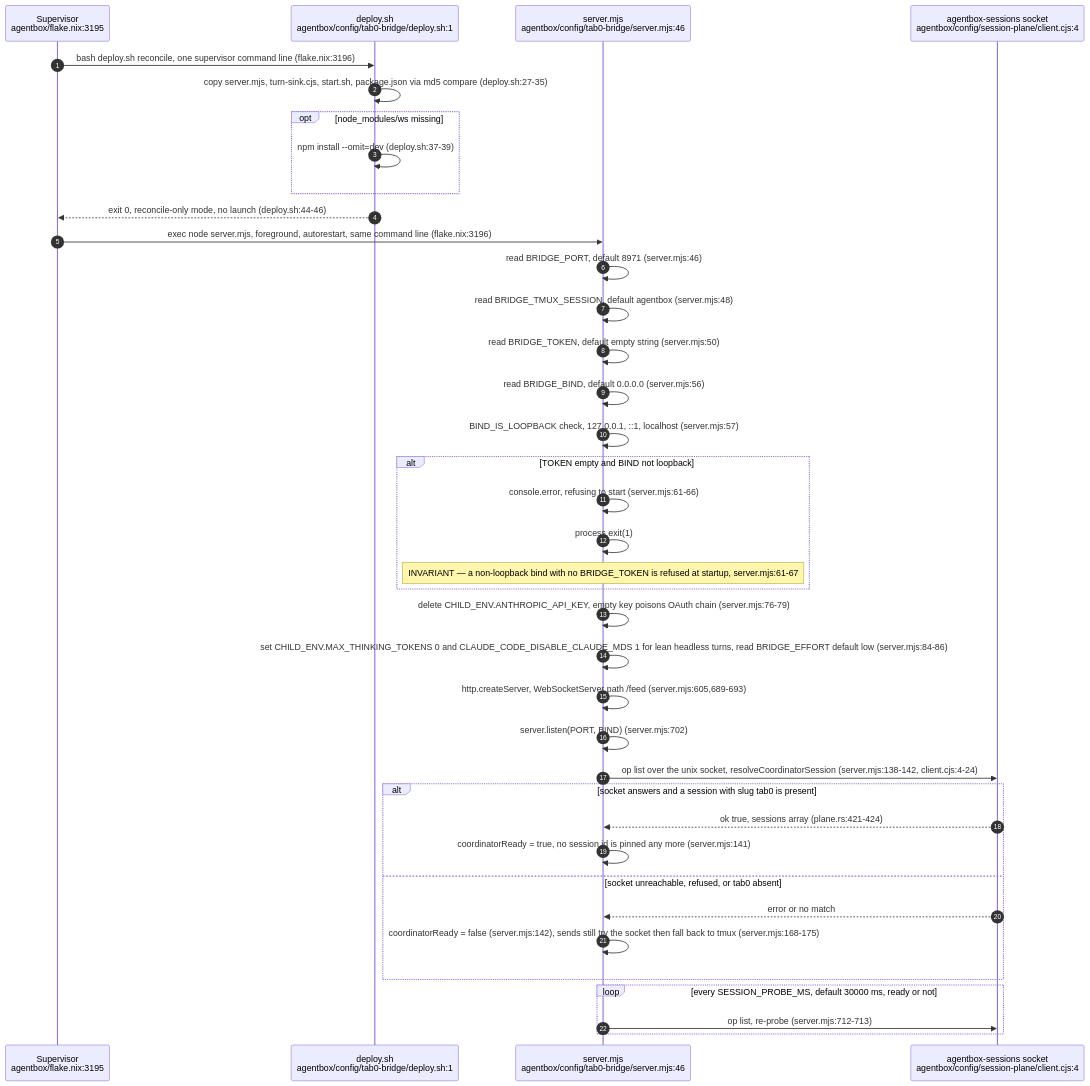
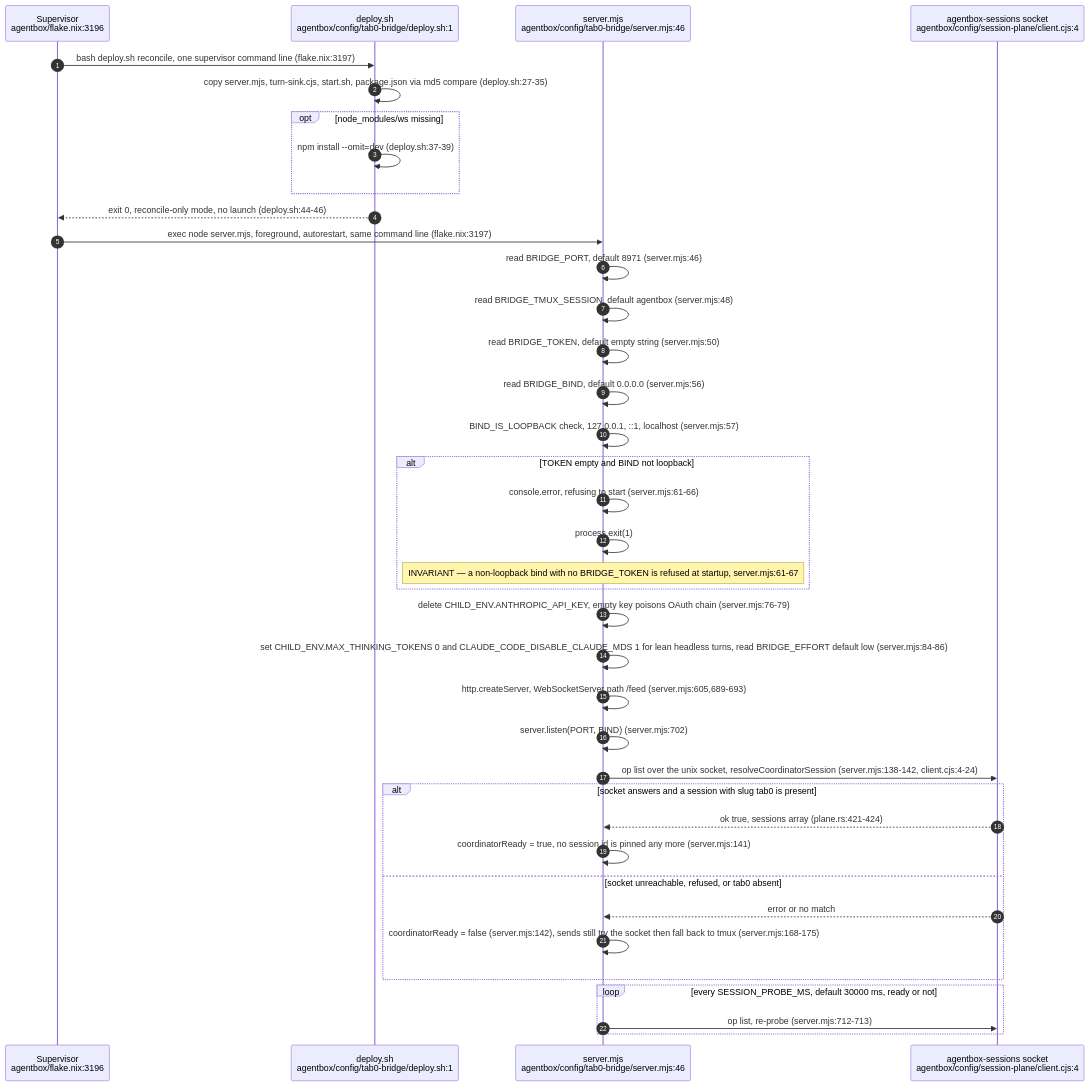
Before and after one commit to DreamLab-AI/VisionFlow: the first of 12 diagrams in docs/diagrams/agentbox/12-tab0-bridge-and-interaction-plane.md, drawn with Mermaid. The commit also changed other lines of this file and 7 other files, not shown here.

First line of the commit message:
diagrams(agentbox): re-verify AB-09..AB-16 at agentbox 59b1aca, re-stamp

````diff
--- a/docs/diagrams/agentbox/12-tab0-bridge-and-interaction-plane.md
+++ b/docs/diagrams/agentbox/12-tab0-bridge-and-interaction-plane.md
@@ -54,41 +54,41 @@
 ```mermaid
 sequenceDiagram
     autonumber
-    participant Sup as Supervisor<br/>agentbox/flake.nix:3195
+    participant Sup as Supervisor<br/>agentbox/flake.nix:3196
     participant Dep as deploy.sh<br/>agentbox/config/tab0-bridge/deploy.sh:1
     participant Node as server.mjs<br/>agentbox/config/tab0-bridge/server.mjs:46
     participant Sock as agentbox-sessions socket<br/>agentbox/config/session-plane/client.cjs:4
 
-    Sup->>Dep: bash deploy.sh reconcile, one supervisor command line (flake.nix:3196)
+    Sup->>Dep: bash deploy.sh reconcile, one supervisor command line (flake.nix:3197)
     Dep->>Dep: copy server.mjs, turn-sink.cjs, start.sh, package.json via md5 compare (deploy.sh:27-35)
     opt node_modules/ws missing
         Dep->>Dep: npm install --omit=dev (deploy.sh:37-39)
     end
     Dep-->>Sup: exit 0, reconcile-only mode, no launch (deploy.sh:44-46)
-    Sup->>Node: exec node server.mjs, foreground, autorestart, same command line (flake.nix:3196)
+    Sup->>Node: exec node server.mjs, foreground, autorestart, same command line (flake.nix:3197)
     Node->>Node: read BRIDGE_PORT, default 8971 (server.mjs:46)
     Node->>Node: read BRIDGE_TMUX_SESSION, default agentbox (server.mjs:48)
     Node->>Node: read BRIDGE_TOKEN, default empty string (server.mjs:50)
     Node->>Node: read BRIDGE_BIND, default 0.0.0.0 (server.mjs:56)
     Node->>Node: BIND_IS_LOOPBACK check, 127.0.0.1, ::1, localhost (server.mjs:57)
     alt TOKEN empty and BIND not loopback
         Node->>Node: console.error, refusing to start (server.mjs:61-66)
         Node->>Node: process.exit(1)
         Note over Node: INVARIANT — a non-loopback bind with no BRIDGE_TOKEN is refused at startup, server.mjs:61-67
     end
     Node->>Node: delete CHILD_ENV.ANTHROPIC_API_KEY, empty key poisons OAuth chain (server.mjs:76-79)
     Node->>Node: set CHILD_ENV.MAX_THINKING_TOKENS 0 and CLAUDE_CODE_DISABLE_CLAUDE_MDS 1 for lean headless turns, read BRIDGE_EFFORT default low (server.mjs:84-86)
     Node->>Node: http.createServer, WebSocketServer path /feed (server.mjs:605,689-693)
     Node->>Node: server.listen(PORT, BIND) (server.mjs:702)
     Node->>Sock: op list over the unix socket, resolveCoordinatorSession (server.mjs:138-142, client.cjs:4-24)
     alt socket answers and a session with slug tab0 is present
         Sock-->>Node: ok true, sessions array (plane.rs:421-424)
         Node->>Node: coordinatorReady = true, no session id is pinned any more (server.mjs:141)
     else socket unreachable, refused, or tab0 absent
         Sock-->>Node: error or no match
         Node->>Node: coordinatorReady = false (server.mjs:142), sends still try the socket then fall back to tmux (server.mjs:168-175)
     end
     loop every SESSION_PROBE_MS, default 30000 ms, ready or not
         Node->>Sock: op list, re-probe (server.mjs:712-713)
     end
 ```
````
